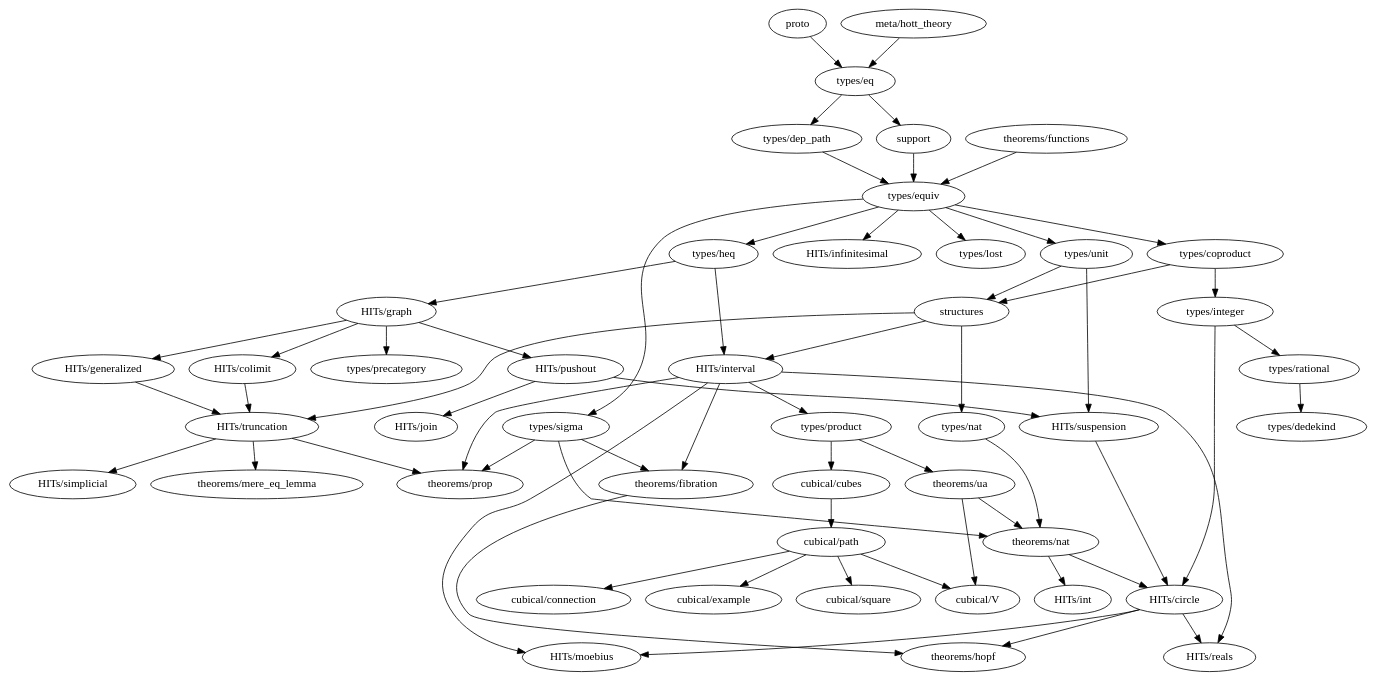
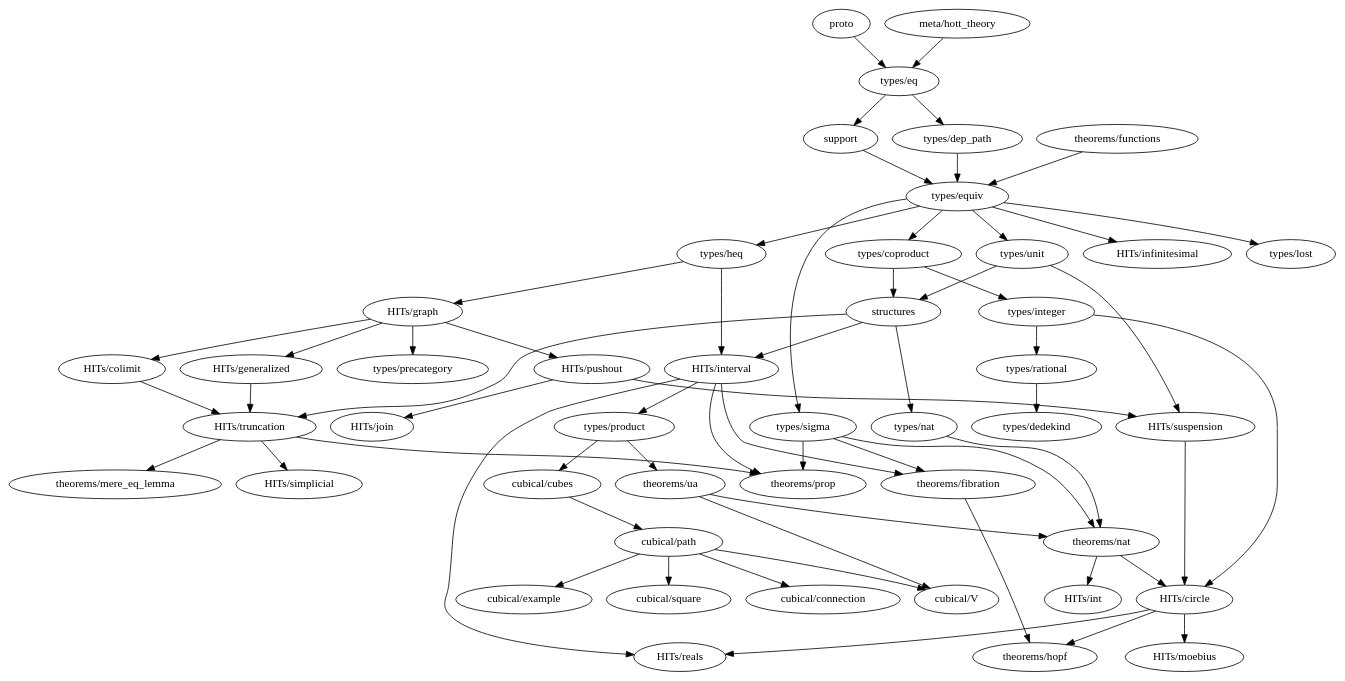
The diagram in dependency_map.gv (forked-from-1kasper/ground_zero), drawn with Graphviz before and after one commit. The commit also changed 2 other files, not shown here.

```diff
--- a/dependency_map.gv
+++ b/dependency_map.gv
@@ -1,97 +1,96 @@
 digraph dependency_map {
   proto -> "types/eq"
   "meta/hott_theory" -> "types/eq"
   support -> "types/equiv"
   structures -> {
     "HITs/interval",
     "HITs/truncation",
     "types/nat"
   }
 
   subgraph types {
     "types/coproduct" -> { "types/integer", structures }
     "types/dedekind"
     "types/dep_path" -> "types/equiv"
     "types/eq" -> { "types/dep_path", support }
     "types/equiv" -> {
       "types/heq",
       "HITs/infinitesimal",
       "types/coproduct",
       "types/lost",
       "types/unit",
       "types/sigma"
     }
     "types/heq" -> {
       "HITs/interval",
       "HITs/graph"
     }
     "types/integer" -> {
       "HITs/circle",
       "types/rational"
     }
     "types/lost"
     "types/nat" -> { "theorems/nat" }
     "types/product" -> { "cubical/cubes", "theorems/ua" }
     "types/rational" -> { "types/dedekind" }
     "types/sigma" -> { "theorems/fibration", "theorems/prop", "theorems/nat" }
     "types/unit" -> { structures, "HITs/suspension" }
   }
 
   subgraph HITs {
     "HITs/circle" -> { "theorems/hopf", "HITs/moebius", "HITs/reals" }
     "HITs/colimit" -> "HITs/truncation"
     "HITs/generalized" -> "HITs/truncation"
     "HITs/graph" -> {
       "HITs/colimit",
       "HITs/generalized",
       "HITs/pushout",
       "types/precategory"
     }
     "HITs/infinitesimal"
     "HITs/interval" -> {
-      "HITs/moebius",
       "HITs/reals",
       "types/product",
       "theorems/prop",
       "theorems/fibration"
     }
     "HITs/join"
     "HITs/moebius"
     "HITs/pushout" -> {
       "HITs/join",
       "HITs/suspension"
     }
     "HITs/reals"
     "HITs/simplicial"
     "HITs/suspension" -> "HITs/circle"
     "HITs/truncation" -> {
       "theorems/mere_eq_lemma",
       "theorems/prop",
       "HITs/simplicial"
     }
   }
 
   subgraph cubical {
     "cubical/connection"
     "cubical/cubes" -> "cubical/path"
     "cubical/example"
     "cubical/path" -> {
       "cubical/square",
       "cubical/example",
       "cubical/V",
       "cubical/connection"
     }
     "cubical/square"
     "cubical/V"
   }
 
   subgraph theorems {
     "theorems/fibration" -> { "theorems/hopf" }
     "theorems/functions" -> { "types/equiv" }
     "theorems/hopf"
     "theorems/mere_eq_lemma"
     "theorems/nat" -> { "HITs/circle", "HITs/int" }
     "theorems/prop"
     "theorems/ua" -> { "theorems/nat", "cubical/V" }
   }
 }
```
